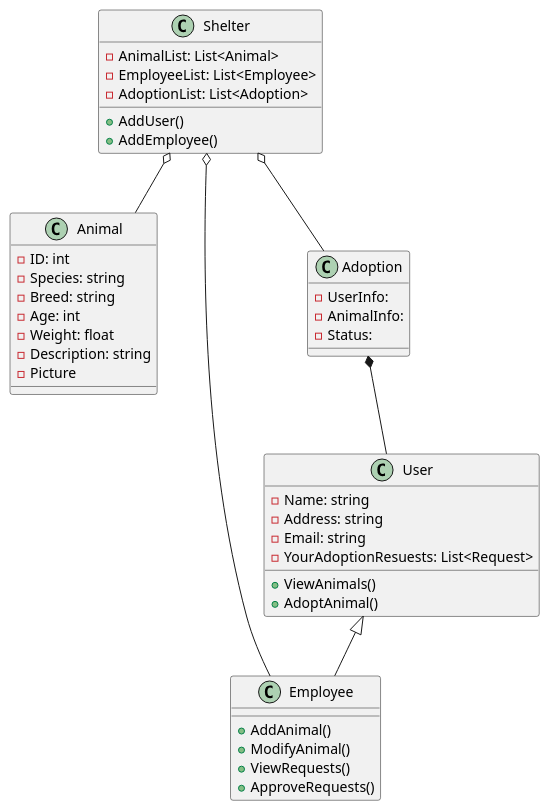
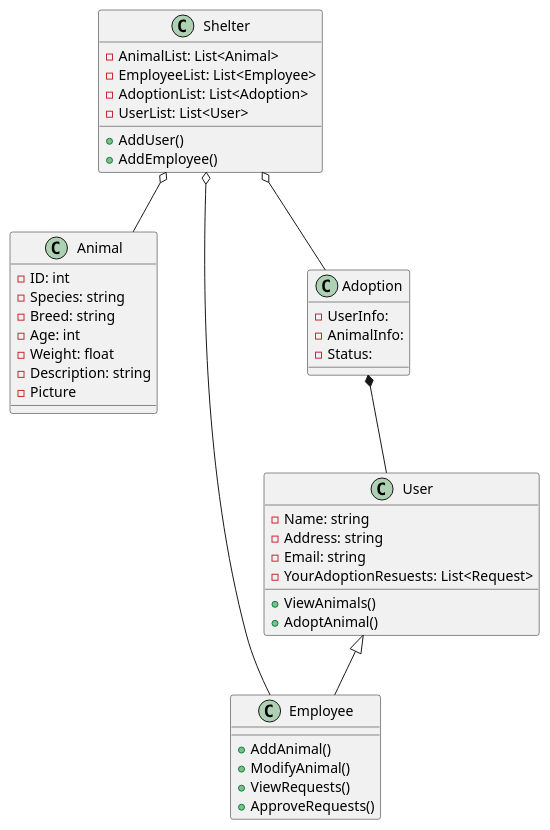
One commit to Pymek11/SchroniskoJava changed the diagram in Docs/DiagramClass.puml. Above: the diagram before and after it, drawn with PlantUML. The commit also changed 1 other file, not shown here.

```diff
--- a/Docs/DiagramClass.puml
+++ b/Docs/DiagramClass.puml
@@ -1,49 +1,50 @@
 @startuml
 class Animal {
     - ID: int
     - Species: string
     - Breed: string
     - Age: int
     - Weight: float
     - Description: string
     - Picture
 }
 
 class User {
     - Name: string
     - Address: string
     - Email: string
     - YourAdoptionResuests: List<Request>
     + ViewAnimals()
     + AdoptAnimal()
 }
 
 class Employee {
     + AddAnimal()
     + ModifyAnimal()
     + ViewRequests()
     + ApproveRequests()
 }
 
 class Shelter {
     - AnimalList: List<Animal>
     - EmployeeList: List<Employee>
     - AdoptionList: List<Adoption>
+    - UserList: List<User>
     + AddUser()
     + AddEmployee()
 }
 
 class Adoption {
     - UserInfo:
     - AnimalInfo:
     - Status:
 }
 
 
 User <|-- Employee
 Shelter o-- Animal
 Shelter o-- Employee
 Shelter o-- Adoption
 Adoption *-- User
 
 @enduml
```
